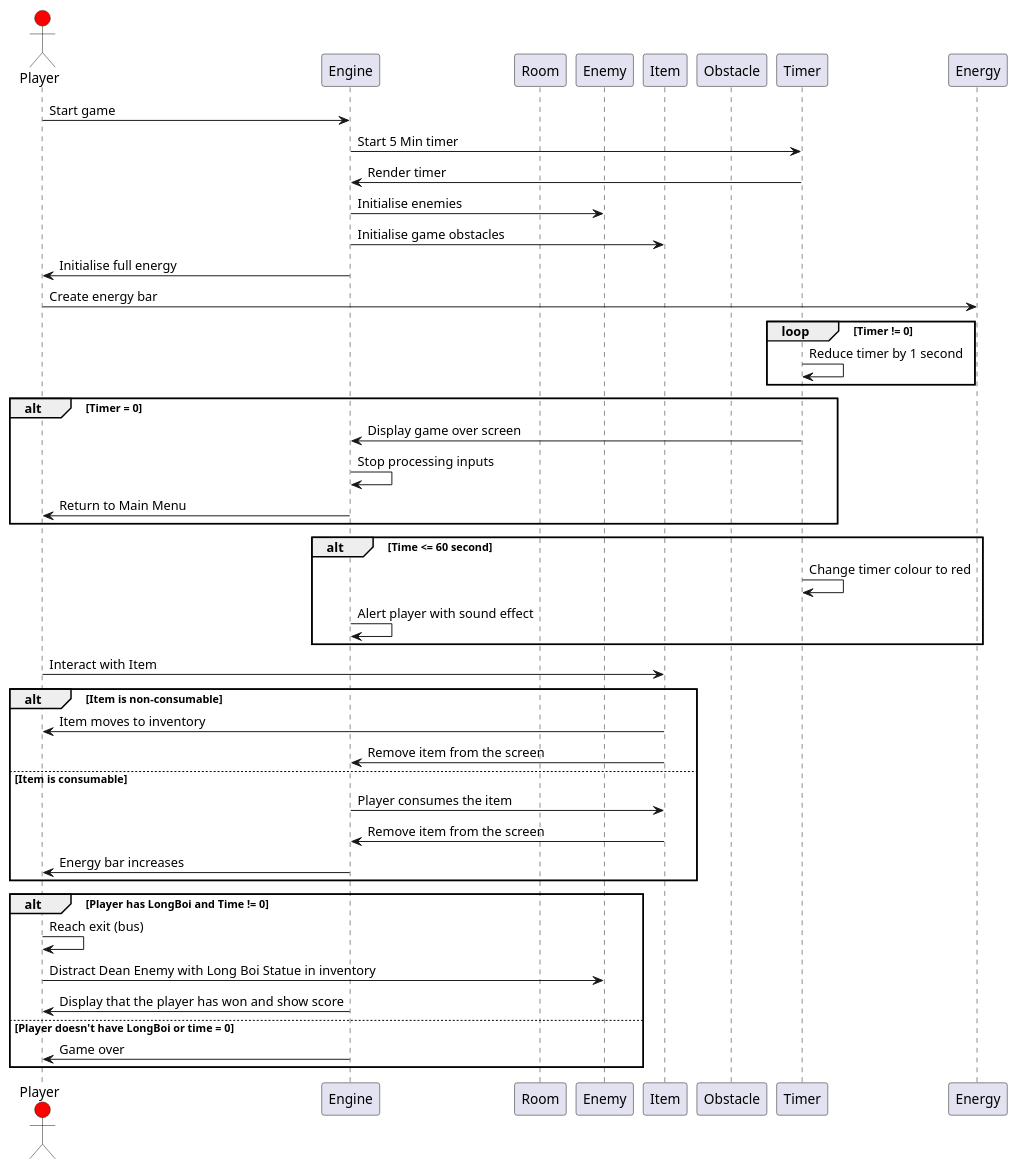
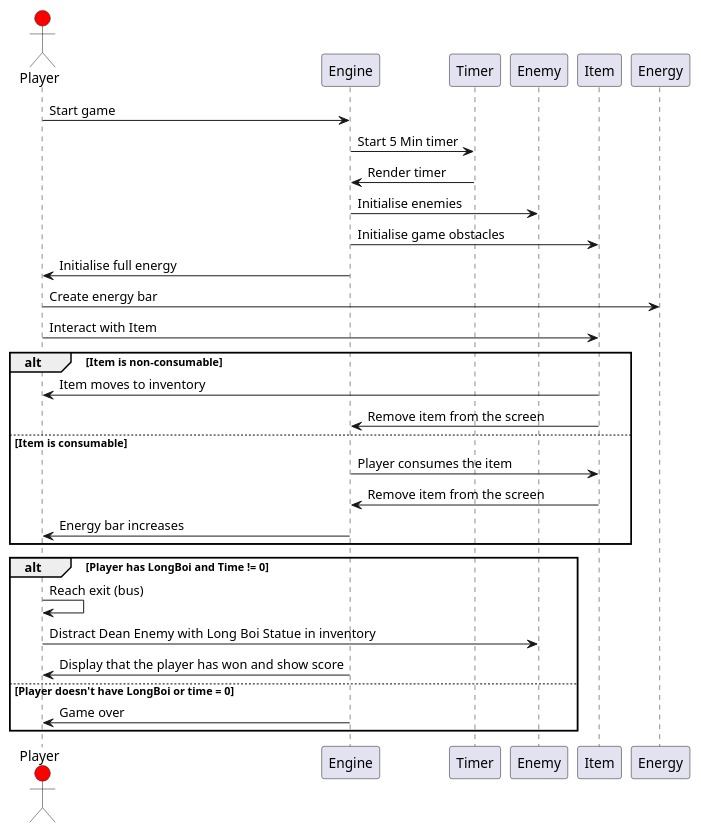
One commit to WHALES-ENG1/WHALES-Assets changed the diagram in Architecture/structuralMain.puml. Above: the diagram before and after it, drawn with PlantUML. The commit also changed 1 other file, not shown here.

Commit message:
Moved timer to its own file

```diff
--- a/Architecture/structuralMain.puml
+++ b/Architecture/structuralMain.puml
@@ -1,71 +1,43 @@
 @startuml structuralDiagram
 
-'separate diagram for main menu? i.e. settings leaderboard'
-
-'participants: player, room, engine, goose'
-'sequence diagram - mainly decisions'
+'Diagram for main menu? i.e. settings leaderboard'
 
 actor Player #Red
-participant Engine
-participant Room
-participant Enemy
-participant Item
-participant Obstacle
-participant Timer
-participant Energy
-
 
 'start of the game'
 
 Player -> Engine: Start game
 Engine -> Timer: Start 5 Min timer
 Timer -> Engine: Render timer
 
 
 'creation of the maze
 
 Engine -> Enemy: Initialise enemies
 Engine -> Item: Initialise game obstacles
 Engine -> Player: Initialise full energy
 Player -> Energy: Create energy bar
-
-'timer:'
-
-loop Timer != 0
-    Timer -> Timer: Reduce timer by 1 second
-end
-
-alt Timer = 0
-    Timer -> Engine: Display game over screen
-    Engine -> Engine: Stop processing inputs
-    Engine -> Player: Return to Main Menu
-end
-
-alt Time <= 60 second
-    Timer -> Timer: Change timer colour to red
-    Engine -> Engine: Alert player with sound effect
-end
 
 'items:'
 
 Player -> Item: Interact with Item
 alt Item is non-consumable
     Item -> Player: Item moves to inventory
     Item -> Engine: Remove item from the screen
 else Item is consumable
     Engine -> Item: Player consumes the item
     Item -> Engine: Remove item from the screen
     Engine -> Player: Energy bar increases
 end
 
 'player wins the game (longboi is returned and make the bus):'
 
 alt Player has LongBoi and Time != 0
     Player -> Player: Reach exit (bus)
     Player -> Enemy: Distract Dean Enemy with Long Boi Statue in inventory
     Engine -> Player: Display that the player has won and show score
 else Player doesn't have LongBoi or time = 0
     Engine -> Player: Game over
 end
 
 @enduml
```
